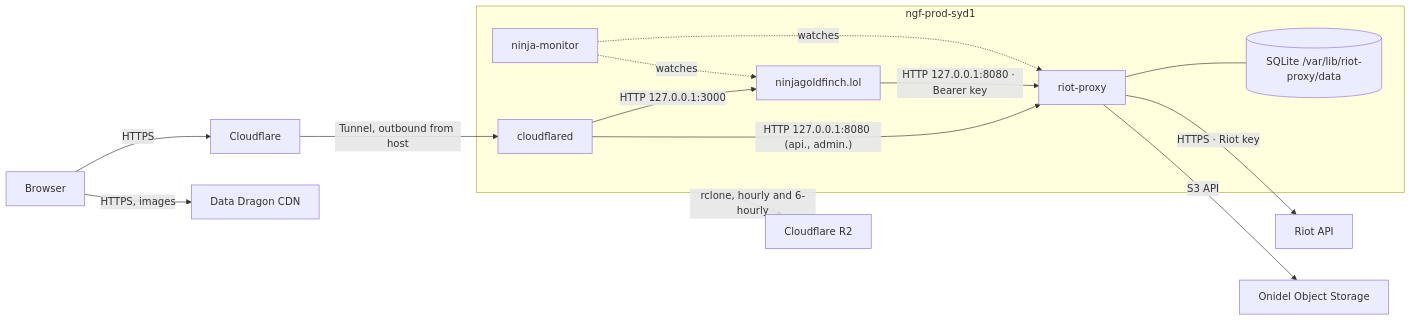
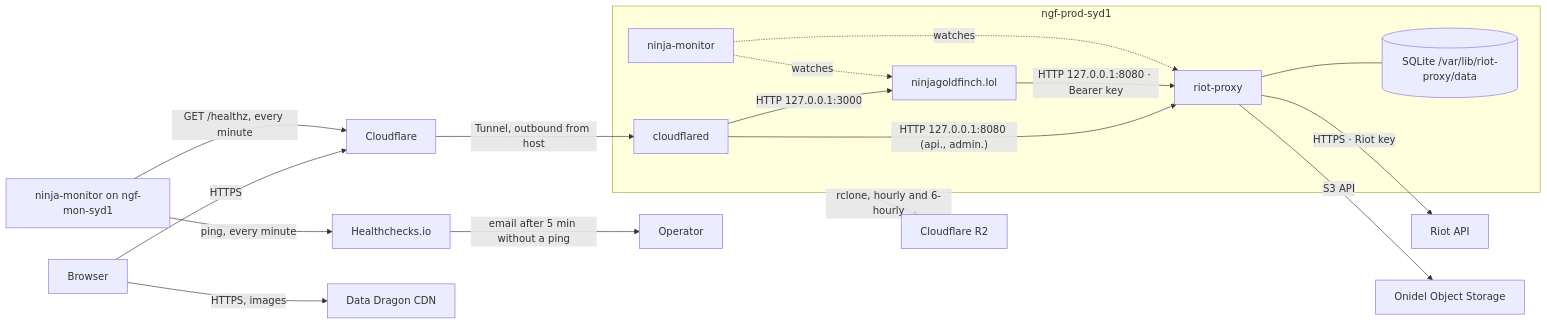
Before and after one commit to NinjaGoldfinch/ninjagoldfinch-lol: the diagram in docs/deployment/overview.md, drawn with Mermaid. The commit also changed other lines of this file and 8 other files, not shown here.

````diff
--- a/docs/deployment/overview.md
+++ b/docs/deployment/overview.md
@@ -22,17 +22,20 @@
 ```mermaid
 flowchart LR
     Browser -->|"HTTPS"| Cloudflare
     Cloudflare -->|"Tunnel, outbound from host"| cloudflared
     subgraph host["ngf-prod-syd1"]
         cloudflared -->|"HTTP 127.0.0.1:3000"| Site["ninjagoldfinch.lol"]
         cloudflared -->|"HTTP 127.0.0.1:8080 (api., admin.)"| Proxy["riot-proxy"]
         Site -->|"HTTP 127.0.0.1:8080 · Bearer key"| Proxy
         Proxy --- DB[("SQLite /var/lib/riot-proxy/data")]
         Monitor["ninja-monitor"] -.->|"watches"| Site
         Monitor -.->|"watches"| Proxy
     end
+    MonHost["ninja-monitor on ngf-mon-syd1"] -->|"GET /healthz, every minute"| Cloudflare
+    MonHost -->|"ping, every minute"| HC["Healthchecks.io"]
+    HC -->|"email after 5 min without a ping"| Owner["Operator"]
     Proxy -->|"HTTPS · Riot key"| Riot["Riot API"]
     Proxy -->|"S3 API"| Onidel["Onidel Object Storage"]
     host -->|"rclone, hourly and 6-hourly"| R2["Cloudflare R2"]
     Browser -->|"HTTPS, images"| DDragon["Data Dragon CDN"]
 ```
````
